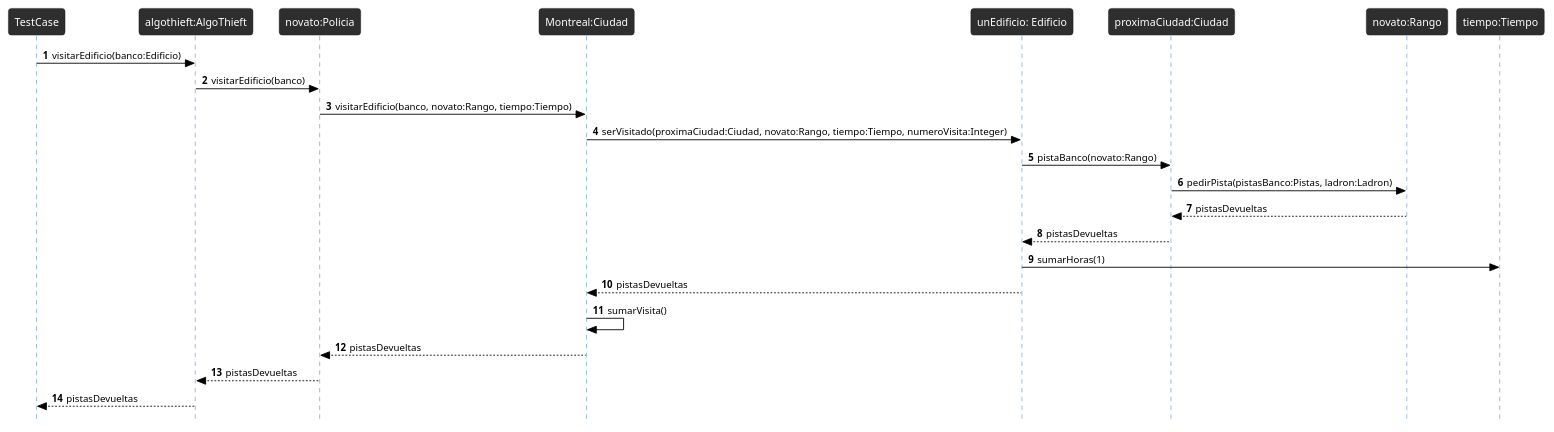
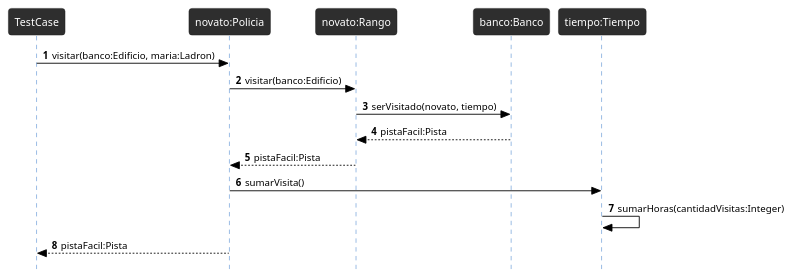
One commit to avilagaston9/algo3_tp2 changed the diagram in docs/Diagramas/Secuencia/caso1-1-1.plantuml. Above: the diagram before and after it, drawn with PlantUML.

Commit message:
actualizo diagrama caso 1_1

```diff
--- a/docs/Diagramas/Secuencia/caso1-1-1.plantuml
+++ b/docs/Diagramas/Secuencia/caso1-1-1.plantuml
@@ -1,39 +1,49 @@
 @startuml
 
 !theme reddress-darkblue
 autonumber
 skinparam style strictuml
 skinparam BackGroundColor white
 skinparam RoundCorner 7
 skinparam SequenceGroupFontColor black
 skinparam SequenceGroupBorderColor black
 skinparam SequenceGroupBorderThickness 0.5
 skinparam ArrowFontColor black
 skinparam ArrowColor black
 skinparam ActorFontColor black
 skinparam participantFontSize 12
 skinparam SequenceLifeLineBackGroundColor 2e2e2e
-
+/'
 TestCase -> "algothieft:AlgoThieft" as algothieft: visitarEdificio(banco:Edificio)
 algothieft -> "novato:Policia" as unPolicia: visitarEdificio(banco)
 
 unPolicia -> "Montreal:Ciudad" as montreal : visitarEdificio(banco, novato:Rango, tiempo:Tiempo)
 
 montreal ->"unEdificio: Edificio" as edificio: serVisitado(proximaCiudad:Ciudad, novato:Rango, tiempo:Tiempo, numeroVisita:Integer)
 edificio -> "proximaCiudad:Ciudad" as proximaCiudad : pistaBanco(novato:Rango)
 proximaCiudad -> "novato:Rango" as rango : pedirPista(pistasBanco:Pistas, ladron:Ladron)
 
 rango --> proximaCiudad: pistasDevueltas
 proximaCiudad -->edificio : pistasDevueltas
 
 
 edificio -> "tiempo:Tiempo" as tiempo: sumarHoras(1)
 
 montreal <-- edificio: pistasDevueltas
 montreal -> montreal : sumarVisita()
 unPolicia <-- montreal: pistasDevueltas
 unPolicia --> algothieft: pistasDevueltas
 
 TestCase <-- algothieft: pistasDevueltas
-
+'/
+TestCase -> "novato:Policia" as unPolicia: visitar(banco:Edificio, maria:Ladron)
+'create ":List" as list
+'unPolicia -> list : new
+unPolicia -> "novato:Rango" as rango: visitar(banco:Edificio)
+rango -> "banco:Banco" as banco: serVisitado(novato, tiempo)
+banco --> rango: pistaFacil:Pista
+rango -->unPolicia : pistaFacil:Pista
+unPolicia -> "tiempo:Tiempo" as tiempo: sumarVisita()
+tiempo ->tiempo :sumarHoras(cantidadVisitas:Integer)
+unPolicia --> TestCase: pistaFacil:Pista
 @enduml
```
